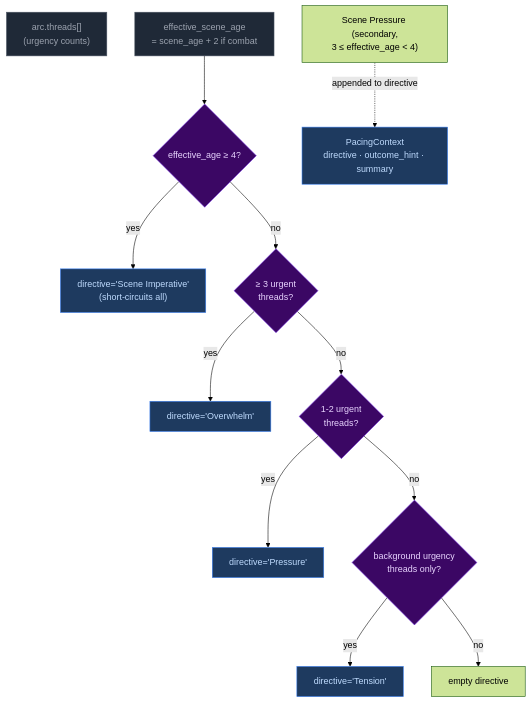
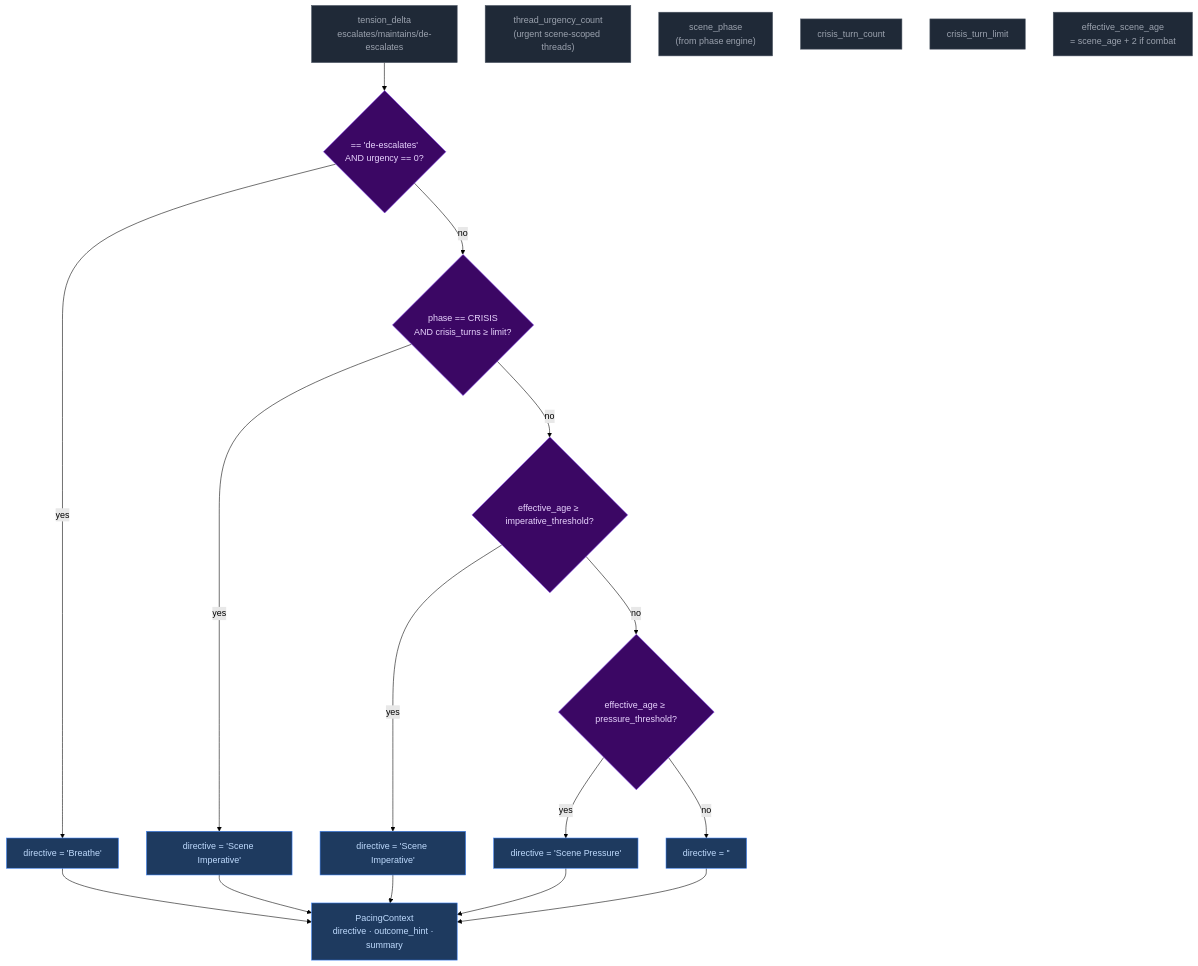
One commit to pww217/fablethread changed the second of 3 diagrams in docs/architecture/step0-ruling.md. Above: the diagram before and after it, drawn with Mermaid (forest theme). The commit also changed other lines of this file and 18 other files, not shown here.

````diff
--- a/docs/architecture/step0-ruling.md
+++ b/docs/architecture/step0-ruling.md
@@ -75,27 +75,33 @@
 ```mermaid
 flowchart TD
     classDef pyNode fill:#1f2937,color:#9ca3af,stroke:#4b5563
     classDef decision fill:#3b0764,color:#e9d5ff,stroke:#7c3aed
     classDef output fill:#1e3a5f,color:#bfdbfe,stroke:#3b82f6
 
-    T["arc.threads[]<br>(urgency counts)"]:::pyNode
-    SA["effective_scene_age<br>= scene_age + 2 if combat"]:::pyNode
+    TD["tension_delta<br>escalates/maintains/de-escalates"]:::pyNode
+    TU["thread_urgency_count<br>(urgent scene-scoped threads)"]:::pyNode
+    PH["scene_phase<br>(from phase engine)"]:::pyNode
+    CTC["crisis_turn_count"]:::pyNode
+    CTL["crisis_turn_limit"]:::pyNode
+    EA["effective_scene_age<br>= scene_age + 2 if combat"]:::pyNode
 
-    SA --> D1{"effective_age ≥ 4?"}:::decision
-    D1 -- yes --> B1["directive='Scene Imperative'<br>(short-circuits all)"]:::output
-    D1 -- no --> D2{"≥ 3 urgent<br>threads?"}:::decision
-    D2 -- yes --> B2["directive='Overwhelm'"]:::output
-    D2 -- no --> D3{"1-2 urgent<br>threads?"}:::decision
-    D3 -- yes --> B3["directive='Pressure'"]:::output
-    D3 -- no --> D4{"background urgency<br>threads only?"}:::decision
-    D4 -- yes --> B4["directive='Tension'"]:::output
-    D4 -- no --> D5["empty directive"]
-
-    SEC2["Scene Pressure (secondary,<br>3 ≤ effective_age < 4)"]
+    TD --> D1{"== 'de-escalates'<br>AND urgency == 0?"}:::decision
+    D1 -- yes --> B1["directive = 'Breathe'"]:::output
+    D1 -- no --> D2{"phase == CRISIS<br>AND crisis_turns ≥ limit?"}:::decision
+    D2 -- yes --> B2["directive = 'Scene Imperative'"]:::output
+    D2 -- no --> D3{"effective_age ≥ imperative_threshold?"}:::decision
+    D3 -- yes --> B3["directive = 'Scene Imperative'"]:::output
+    D3 -- no --> D4{"effective_age ≥ pressure_threshold?"}:::decision
+    D4 -- yes --> B4["directive = 'Scene Pressure'"]:::output
+    D4 -- no --> B5["directive = ''"]:::output
 
     FINAL["PacingContext<br>directive · outcome_hint · summary"]:::output
 
-    SEC2 -. "appended to directive" .-> FINAL
+    B1 --> FINAL
+    B2 --> FINAL
+    B3 --> FINAL
+    B4 --> FINAL
+    B5 --> FINAL
 
     style B1 fill:#1e3a5f,color:#bfdbfe,stroke:#3b82f6
 ```
````
